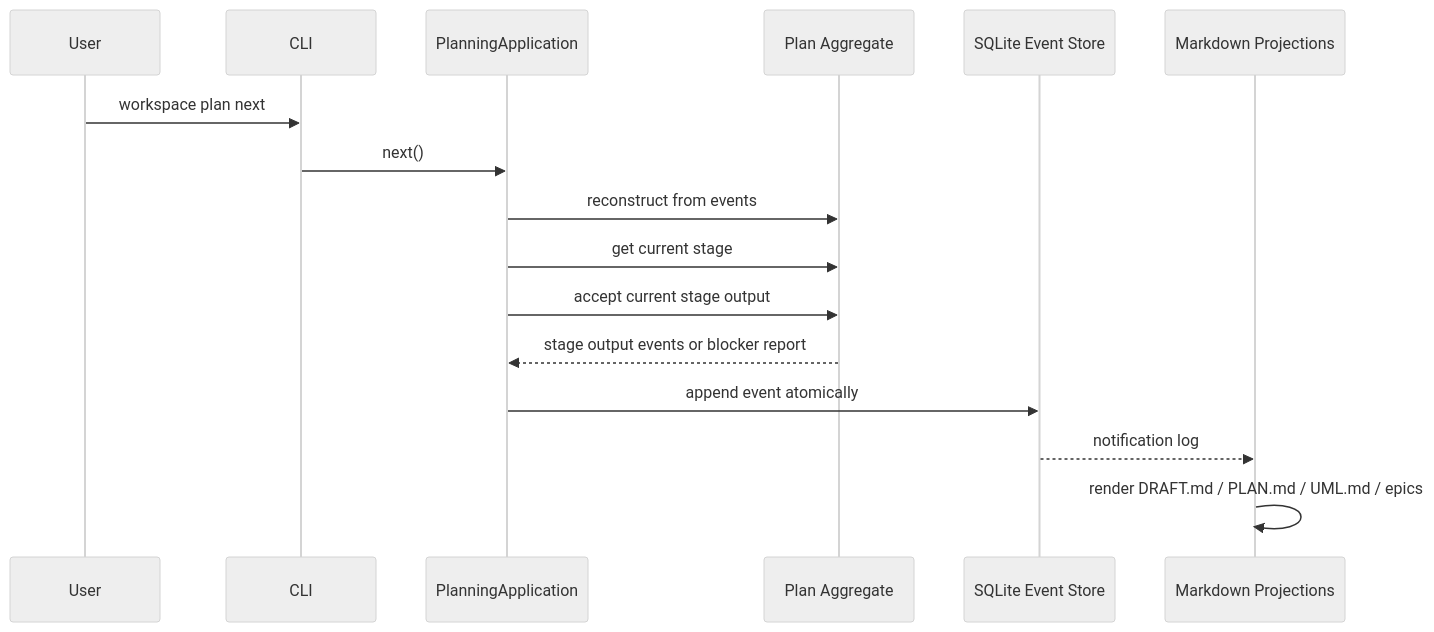
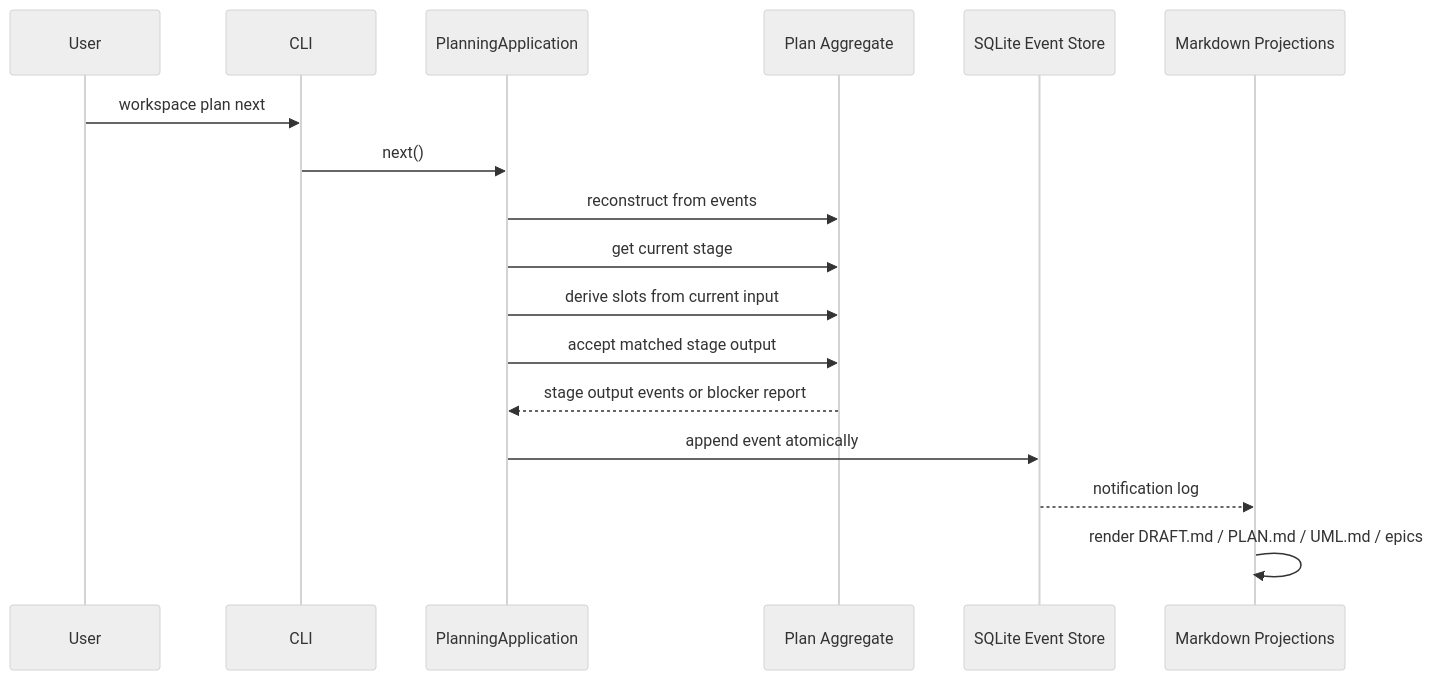
One commit to 9orky/enclosure changed the eighth of 14 diagrams in .enclosure/plans/planning-workflow/UML.md. Above: the diagram before and after it, drawn with Mermaid (neutral theme). The commit also changed other lines of this file and 10 other files, not shown here.

````diff
--- a/.enclosure/plans/planning-workflow/UML.md
+++ b/.enclosure/plans/planning-workflow/UML.md
@@ -262,19 +280,20 @@
 ```mermaid
 sequenceDiagram
     participant User
     participant CLI
     participant App as PlanningApplication
     participant Plan as Plan Aggregate
     participant DB as SQLite Event Store
     participant Proj as Markdown Projections
 
     User->>CLI: workspace plan next
     CLI->>App: next()
     App->>Plan: reconstruct from events
     App->>Plan: get current stage
-    App->>Plan: accept current stage output
+    App->>Plan: derive slots from current input
+    App->>Plan: accept matched stage output
     Plan-->>App: stage output events or blocker report
     App->>DB: append event atomically
     DB-->>Proj: notification log
     Proj->>Proj: render DRAFT.md / PLAN.md / UML.md / epics
 ```
````
